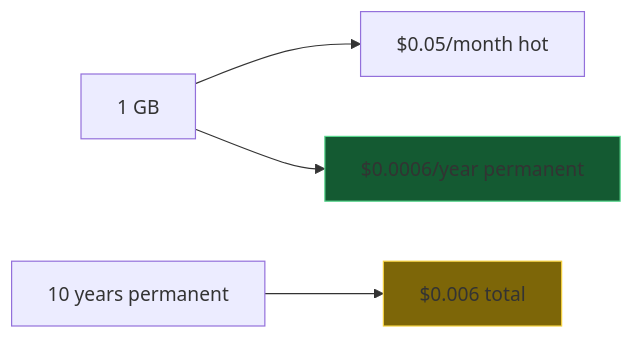
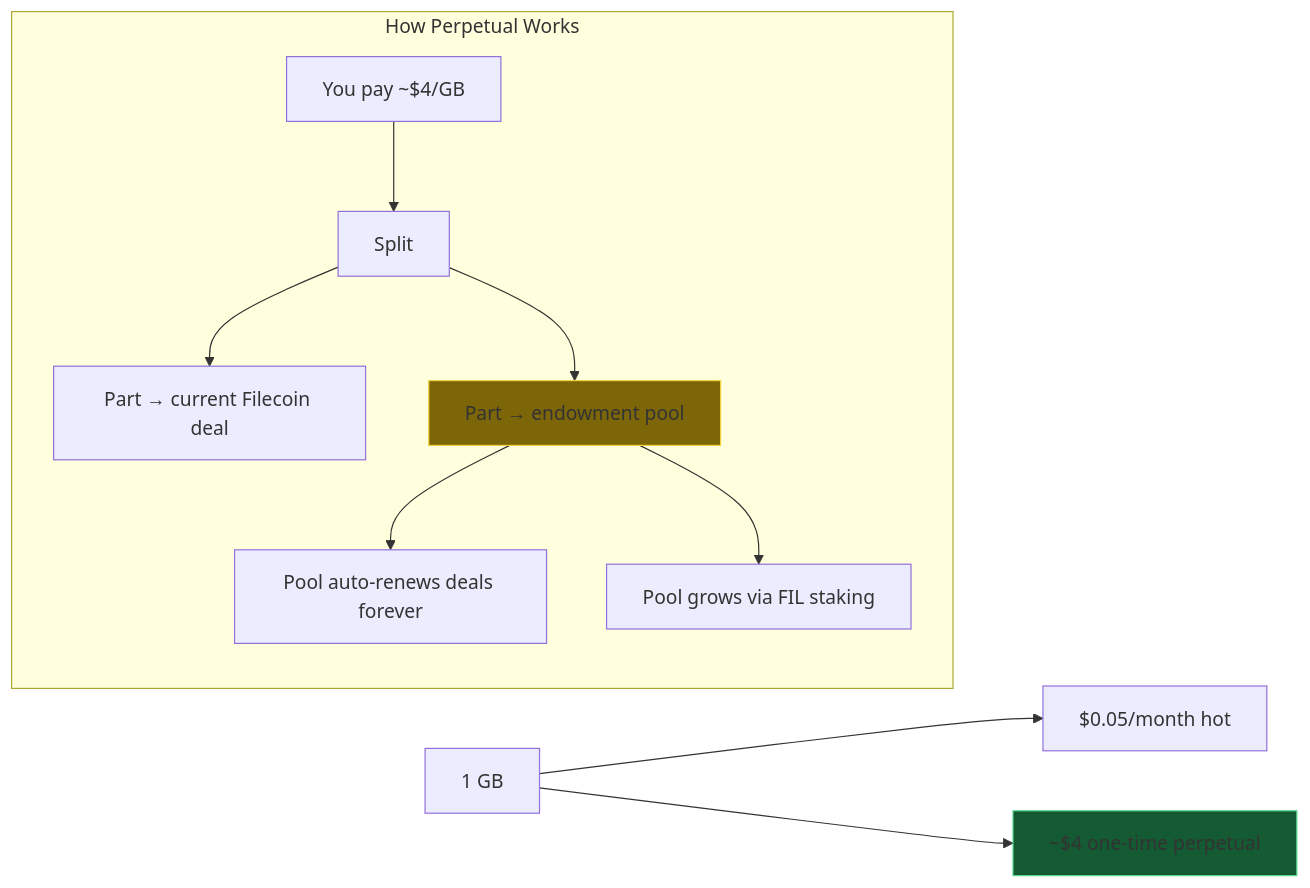
One commit to KestrelSovereignAI/kestrel-sovereign changed the third of 10 diagrams in docs/diagrams/data-architecture/DA-06-filecoin-lighthouse.md. Above: the diagram before and after it, drawn with Mermaid. The commit also changed other lines of this file and 11 other files, not shown here.

First line of the commit message:
fix: Correct Lighthouse pricing from raw Filecoin rates to actual perpetual costs

````diff
--- a/docs/diagrams/data-architecture/DA-06-filecoin-lighthouse.md
+++ b/docs/diagrams/data-architecture/DA-06-filecoin-lighthouse.md
@@ -67,10 +79,16 @@
 ```mermaid
 graph LR
     SIZE["1 GB"] --> COST1["$0.05/month hot"]
-    SIZE --> COST2["$0.0006/year permanent"]
+    SIZE --> COST2["~$4 one-time perpetual"]
 
-    DECADE["10 years permanent"] --> TOTAL["$0.006 total"]
+    subgraph endowment["How Perpetual Works"]
+        PAY["You pay ~$4/GB"] --> SPLIT["Split"]
+        SPLIT --> DEAL["Part → current Filecoin deal"]
+        SPLIT --> POOL["Part → endowment pool"]
+        POOL --> RENEW["Pool auto-renews deals forever"]
+        POOL --> GROW["Pool grows via FIL staking"]
+    end
 
     style COST2 fill:#145a32,stroke:#58d68d
-    style TOTAL fill:#7d6608,stroke:#f4d03f
+    style POOL fill:#7d6608,stroke:#f4d03f
 ```
````
